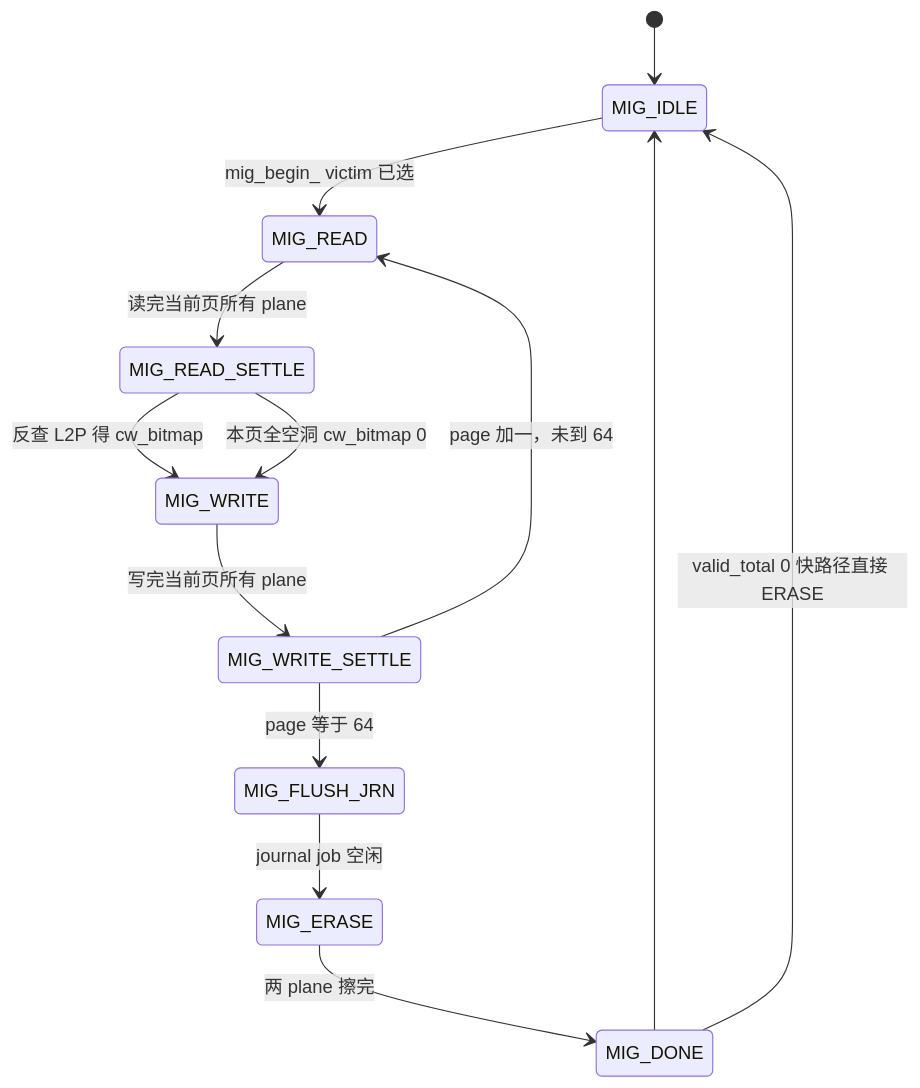
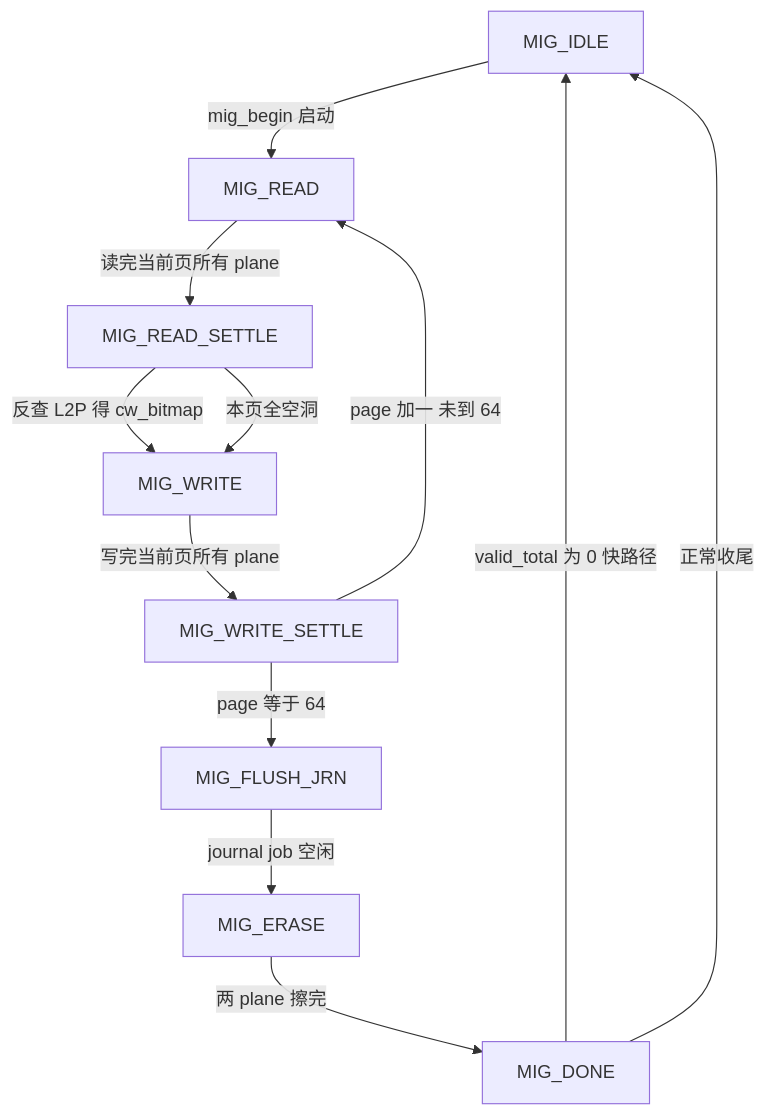
Diagram 17 of 28 in docs/design/ftl_design.md (YzYMIAO/BASESSD), drawn with Mermaid before and after one commit. The commit also changed other lines of this file, not shown here.

First line of the commit message:
docs(ftl): 将 stateDiagram 全部改为 flowchart 并收敛标签字符集

````diff
--- a/docs/design/ftl_design.md
+++ b/docs/design/ftl_design.md
@@ -2496,15 +2525,22 @@
 ```mermaid
-stateDiagram-v2
-    [*] --> MIG_IDLE
-    MIG_IDLE --> MIG_READ: mig_begin_ victim 已选
-    MIG_READ --> MIG_READ_SETTLE: 读完当前页所有 plane
-    MIG_READ_SETTLE --> MIG_WRITE: 反查 L2P 得 cw_bitmap
-    MIG_READ_SETTLE --> MIG_WRITE: 本页全空洞 cw_bitmap 0
-    MIG_WRITE --> MIG_WRITE_SETTLE: 写完当前页所有 plane
-    MIG_WRITE_SETTLE --> MIG_READ: page 加一，未到 64
-    MIG_WRITE_SETTLE --> MIG_FLUSH_JRN: page 等于 64
-    MIG_FLUSH_JRN --> MIG_ERASE: journal job 空闲
-    MIG_ERASE --> MIG_DONE: 两 plane 擦完
-    MIG_DONE --> MIG_IDLE
-    MIG_DONE --> MIG_IDLE: valid_total 0 快路径直接 ERASE
+flowchart TD
+    IDLE["MIG_IDLE"]
+    READ["MIG_READ"]
+    RS["MIG_READ_SETTLE"]
+    WRITE["MIG_WRITE"]
+    WS["MIG_WRITE_SETTLE"]
+    FLUSH["MIG_FLUSH_JRN"]
+    ERASE["MIG_ERASE"]
+    DONE["MIG_DONE"]
+    IDLE -- "mig_begin 启动" --> READ
+    READ -- "读完当前页所有 plane" --> RS
+    RS -- "反查 L2P 得 cw_bitmap" --> WRITE
+    RS -- "本页全空洞" --> WRITE
+    WRITE -- "写完当前页所有 plane" --> WS
+    WS -- "page 加一 未到 64" --> READ
+    WS -- "page 等于 64" --> FLUSH
+    FLUSH -- "journal job 空闲" --> ERASE
+    ERASE -- "两 plane 擦完" --> DONE
+    DONE -- "valid_total 为 0 快路径" --> IDLE
+    DONE -- "正常收尾" --> IDLE
 ```
````
